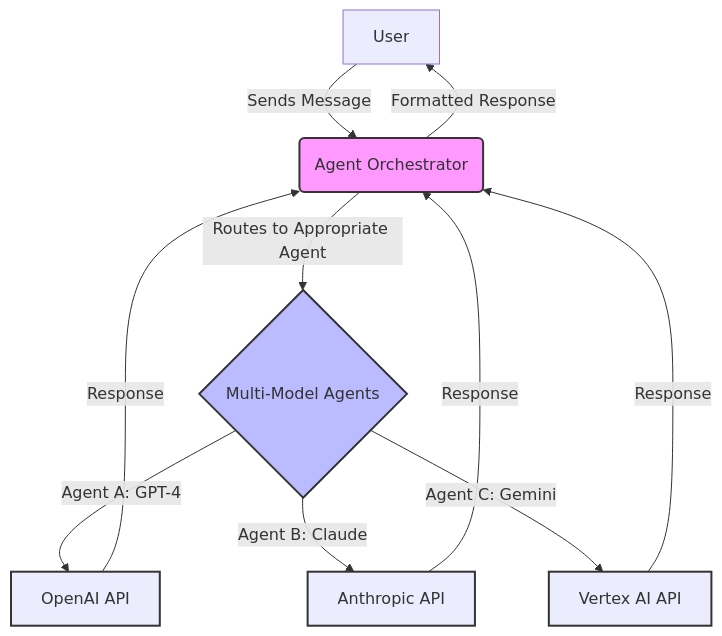
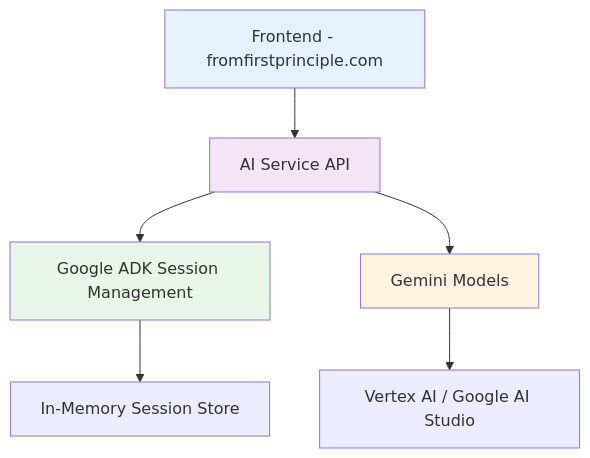
One commit to justmeloic/from-first-principles changed the diagram in services/ai/README.md. Above: the diagram before and after it, drawn with Mermaid. The commit also changed other lines of this file, not shown here.

First line of the commit message:
docs: comprehensive update to AI service README

````diff
--- a/services/ai/README.md
+++ b/services/ai/README.md
@@ -15,18 +22,13 @@
 ```mermaid
 graph TD
-    A[User] -- Sends Message --> B(Agent Orchestrator);
-    B -- Routes to Appropriate Agent --> C{Multi-Model Agents};
-    C -- Agent A: GPT-4 --> D[OpenAI API];
-    C -- Agent B: Claude --> E[Anthropic API];
-    C -- Agent C: Gemini --> F[Vertex AI API];
-    D -- Response --> B;
-    E -- Response --> B;
-    F -- Response --> B;
-    B -- Formatted Response --> A;
-
-    style B fill:#f9f,stroke:#333,stroke-width:2px
-    style C fill:#bbf,stroke:#333,stroke-width:2px
-    style D fill:#lightgreen,stroke:#333,stroke-width:2px
-    style E fill:#lightblue,stroke:#333,stroke-width:2px
-    style F fill:#orange,stroke:#333,stroke-width:2px
+    A[Frontend - fromfirstprinciple.com] --> B[AI Service API]
+    B --> C[Google ADK Session Management]
+    B --> D[Gemini Models]
+    C --> E[In-Memory Session Store]
+    D --> F[Vertex AI / Google AI Studio]
+    
+    style A fill:#e3f2fd
+    style B fill:#f3e5f5
+    style C fill:#e8f5e8
+    style D fill:#fff3e0
 ```
````
